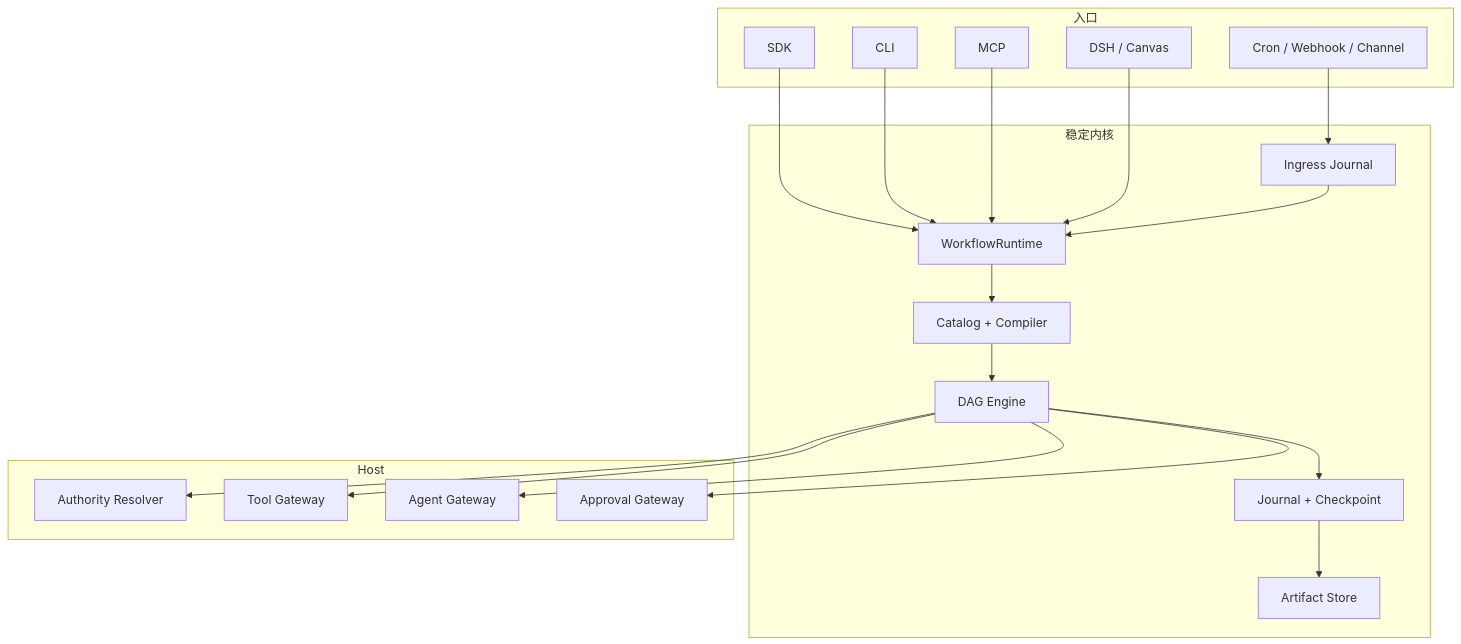
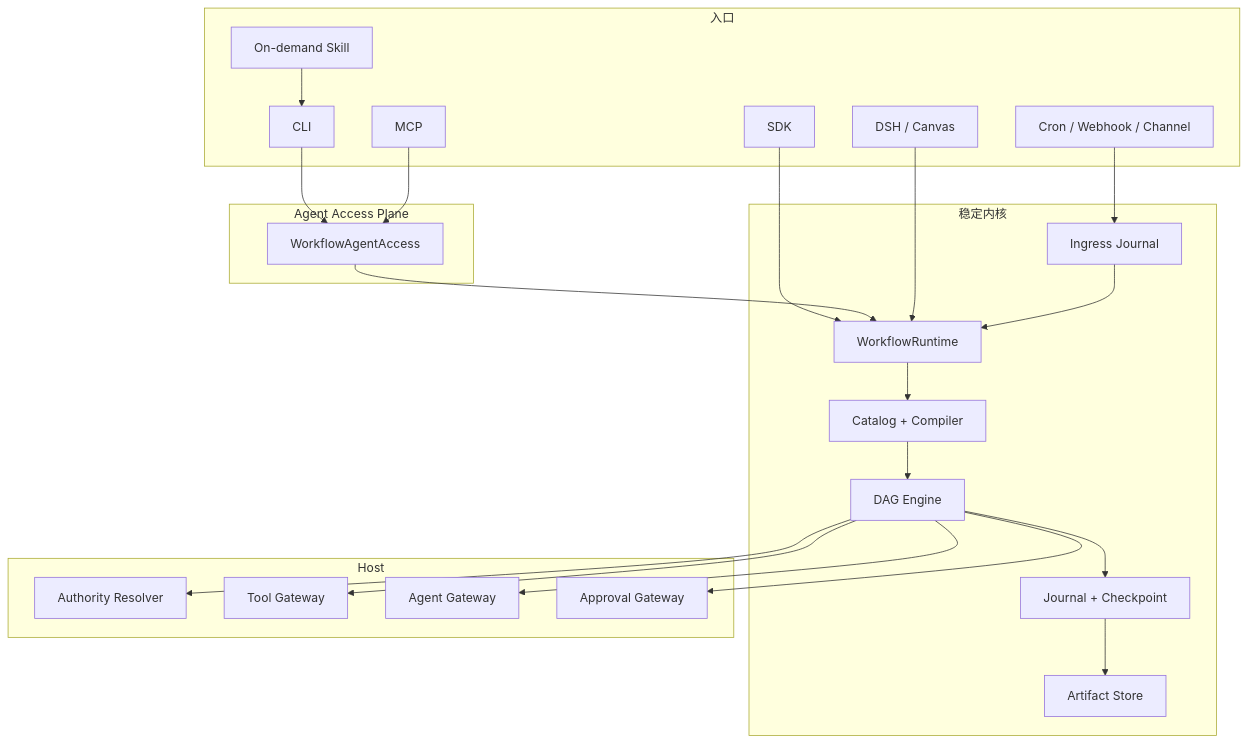
The diagram in docs/architecture.md (GM-HZ/agent-dag-workflow), drawn with Mermaid before and after one commit. The commit also changed other lines of this file and 38 other files, not shown here.

Commit message:
feat: add agent-native workflow access plane

````diff
--- a/docs/architecture.md
+++ b/docs/architecture.md
@@ -9,35 +9,40 @@
 ```mermaid
 flowchart TB
   subgraph Entrances["入口"]
+    Skill["On-demand Skill"]
     SDK["SDK"]
     CLI["CLI"]
     MCP["MCP"]
     DSH["DSH / Canvas"]
     Trigger["Cron / Webhook / Channel"]
+  end
+  subgraph Access["Agent Access Plane"]
+    AgentAccess["WorkflowAgentAccess"]
   end
   subgraph Stable["稳定内核"]
     Runtime["WorkflowRuntime"]
     Catalog["Catalog + Compiler"]
     Engine["DAG Engine"]
     Journal["Journal + Checkpoint"]
     Artifact["Artifact Store"]
     Ingress["Ingress Journal"]
   end
   subgraph Host["Host"]
     Authority["Authority Resolver"]
     Tools["Tool Gateway"]
     Agents["Agent Gateway"]
     Approval["Approval Gateway"]
   end
   SDK --> Runtime
-  CLI --> Runtime
-  MCP --> Runtime
+  Skill --> CLI
+  CLI --> AgentAccess --> Runtime
+  MCP --> AgentAccess
   DSH --> Runtime
   Trigger --> Ingress --> Runtime
   Runtime --> Catalog --> Engine
   Engine --> Journal --> Artifact
   Engine --> Authority
   Engine --> Tools
   Engine --> Agents
   Engine --> Approval
 ```
````
